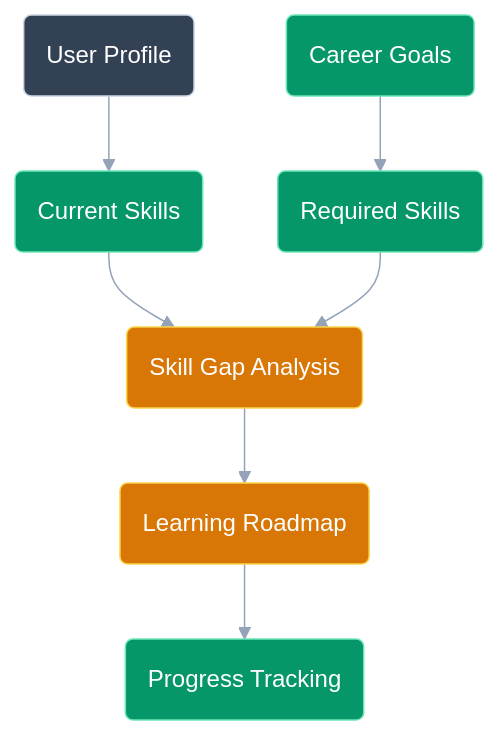
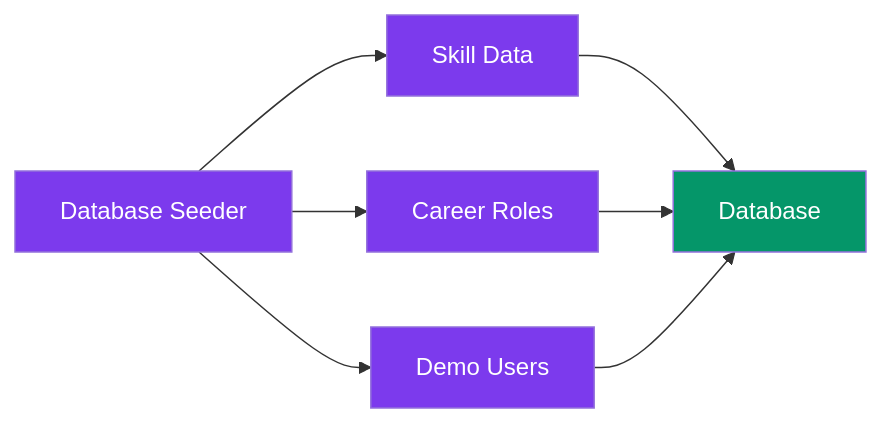
Before and after one commit to kupiMZS/CareerIQ-AI: the tenth of 16 diagrams in documentation/04-database-design.md, drawn with Mermaid. The commit also changed other lines of this file and 9 other files, not shown here.

Commit message:
docs: finalize complete system documentation and architecture foundation

````diff
--- a/documentation/04-database-design.md
+++ b/documentation/04-database-design.md
@@ -1398,63 +2648,44 @@
 ```mermaid
-%%{init:{
-'theme':'base',
-'themeVariables':{
-'fontFamily':'Inter',
-'lineColor':'#94A3B8'
-}
-}}%%
+flowchart LR
 
 
-flowchart TB
+SEEDER["Database Seeder"]
 
 
-PROFILE("User Profile")
+SKILLS["Skill Data"]
 
 
-SKILLS("Current Skills")
+ROLES["Career Roles"]
 
 
-CAREER("Career Goals")
+DEMO["Demo Users"]
 
 
-REQUIREMENTS("Required Skills")
-
-
-GAP("Skill Gap Analysis")
-
-
-ROADMAP("Learning Roadmap")
-
-
-PROGRESS("Progress Tracking")
+DATABASE["Database"]
 
 
 
-PROFILE --> SKILLS
+SEEDER --> SKILLS
 
-CAREER --> REQUIREMENTS
+SEEDER --> ROLES
 
-SKILLS --> GAP
+SEEDER --> DEMO
 
-REQUIREMENTS --> GAP
+SKILLS --> DATABASE
 
-GAP --> ROADMAP
+ROLES --> DATABASE
 
-ROADMAP --> PROGRESS
+DEMO --> DATABASE
 
 
 
-classDef user fill:#334155,stroke:#CBD5E1,color:#FFFFFF;
+classDef seed fill:#7C3AED,color:white;
 
-classDef database fill:#059669,stroke:#6EE7B7,color:#FFFFFF;
-
-classDef ai fill:#D97706,stroke:#FCD34D,color:#FFFFFF;
+classDef database fill:#059669,color:white;
 
 
-class PROFILE user;
+class SEEDER,SKILLS,ROLES,DEMO seed;
 
-class SKILLS,CAREER,REQUIREMENTS,PROGRESS database;
-
-class GAP,ROADMAP ai;
+class DATABASE database;
 
 ```
````
